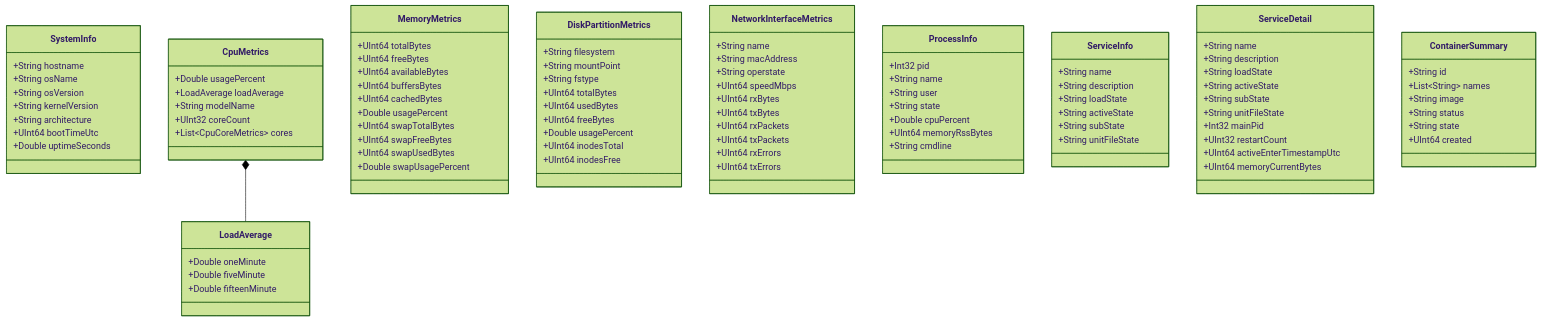
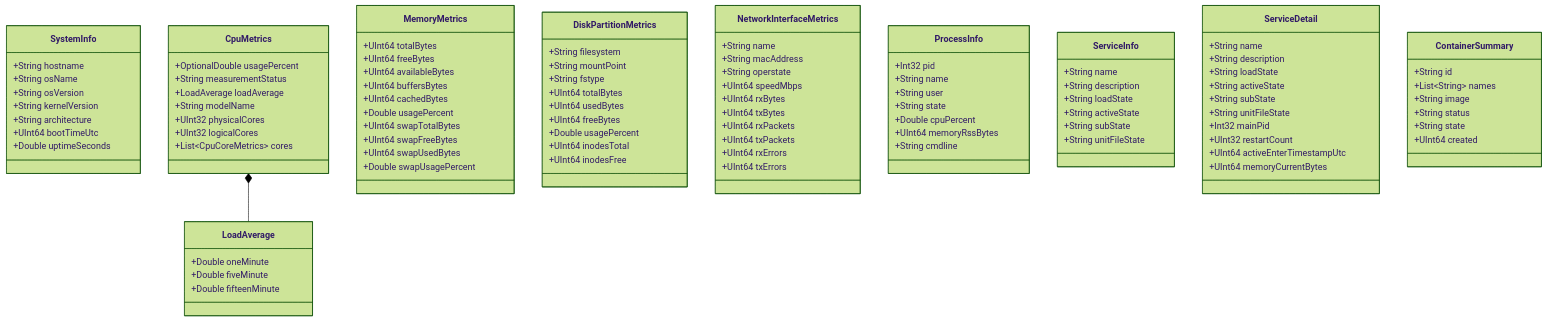
The diagram in docs/domain/DOMAIN_MODEL.md (Devvfong/nodepulse), drawn with Mermaid (forest theme) before and after one commit. The commit also changed 24 other files, not shown here.

```diff
--- a/docs/domain/DOMAIN_MODEL.md
+++ b/docs/domain/DOMAIN_MODEL.md
@@ -19,10 +19,12 @@
     }
 
     class CpuMetrics {
-        +Double usagePercent
+        +OptionalDouble usagePercent
+        +String measurementStatus
         +LoadAverage loadAverage
         +String modelName
-        +UInt32 coreCount
+        +UInt32 physicalCores
+        +UInt32 logicalCores
         +List~CpuCoreMetrics~ cores
     }
 
```
